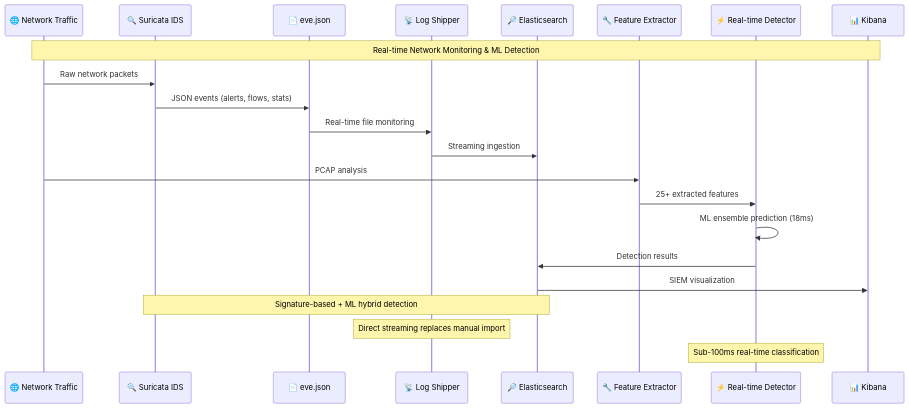
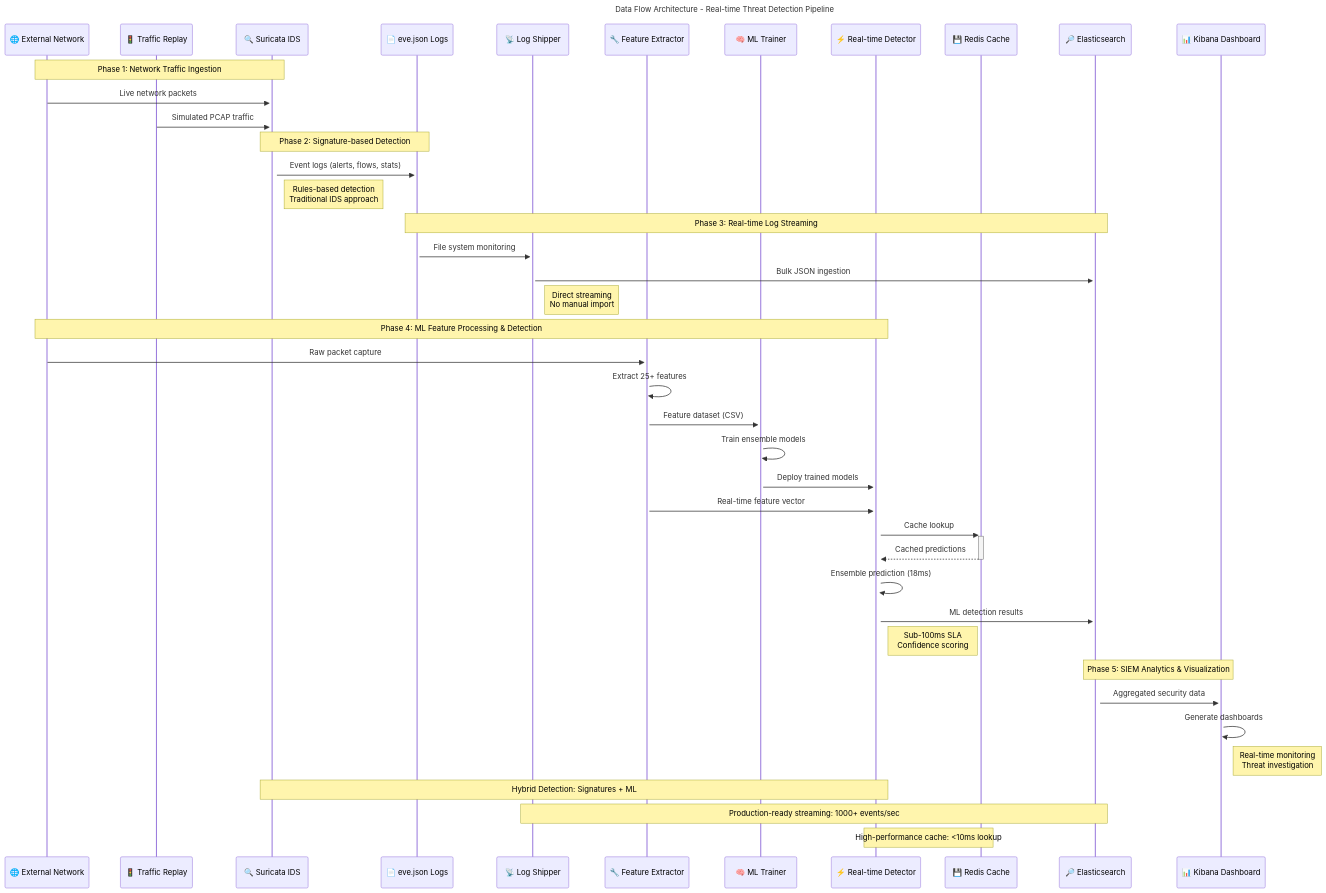
The fourth of 5 diagrams in README.md (holdennguyen/suricata-ml-ids), drawn with Mermaid before and after one commit. The commit also changed other lines of this file, not shown here.

First line of the commit message:
feat: implement best practice Mermaid diagrams with comprehensive documentation

````diff
--- a/README.md
+++ b/README.md
@@ -233,29 +338,60 @@
 ```mermaid
+---
+title: Data Flow Architecture - Real-time Threat Detection Pipeline
+---
 sequenceDiagram
-    participant NT as 🌐 Network Traffic
+    participant EXT as 🌐 External Network
+    participant TR as 🚦 Traffic Replay
     participant S as 🔍 Suricata IDS
-    participant EVE as 📄 eve.json
+    participant EVE as 📄 eve.json Logs
     participant LS as 📡 Log Shipper
+    participant FE as 🔧 Feature Extractor
+    participant MLT as 🧠 ML Trainer
+    participant RD as ⚡ Real-time Detector
+    participant Redis as 💾 Redis Cache
     participant ES as 🔎 Elasticsearch
-    participant FE as 🔧 Feature Extractor
-    participant RD as ⚡ Real-time Detector
-    participant KB as 📊 Kibana
+    participant KB as 📊 Kibana Dashboard
     
-    Note over NT,KB: Real-time Network Monitoring & ML Detection
+    %% Network Traffic Ingestion
+    Note over EXT,S: Phase 1: Network Traffic Ingestion
+    EXT->>+S: Live network packets
+    TR->>+S: Simulated PCAP traffic
     
-    NT->>S: Raw network packets
-    S->>EVE: JSON events (alerts, flows, stats)
-    EVE->>LS: Real-time file monitoring
-    LS->>ES: Streaming ingestion
+    %% Signature-based Detection
+    Note over S,EVE: Phase 2: Signature-based Detection
+    S->>+EVE: Event logs (alerts, flows, stats)
+    Note right of S: Rules-based detection<br/>Traditional IDS approach
     
-    NT->>FE: PCAP analysis
-    FE->>RD: 25+ extracted features
-    RD->>RD: ML ensemble prediction (18ms)
-    RD->>ES: Detection results
+    %% Real-time Log Streaming
+    Note over EVE,ES: Phase 3: Real-time Log Streaming
+    EVE->>+LS: File system monitoring
+    LS->>+ES: Bulk JSON ingestion
+    Note right of LS: Direct streaming<br/>No manual import
     
-    ES->>KB: SIEM visualization
+    %% ML Feature Processing
+    Note over EXT,RD: Phase 4: ML Feature Processing & Detection
+    EXT->>+FE: Raw packet capture
+    FE->>FE: Extract 25+ features
+    FE->>+MLT: Feature dataset (CSV)
+    MLT->>MLT: Train ensemble models
+    MLT->>+RD: Deploy trained models
     
-    Note over S,ES: Signature-based + ML hybrid detection
-    Note over LS: Direct streaming replaces manual import
-    Note over RD: Sub-100ms real-time classification
+    %% Real-time ML Detection
+    FE->>+RD: Real-time feature vector
+    RD->>+Redis: Cache lookup
+    Redis-->>-RD: Cached predictions
+    RD->>RD: Ensemble prediction (18ms)
+    RD->>+ES: ML detection results
+    Note right of RD: Sub-100ms SLA<br/>Confidence scoring
+    
+    %% SIEM Visualization
+    Note over ES,KB: Phase 5: SIEM Analytics & Visualization
+    ES->>+KB: Aggregated security data
+    KB->>KB: Generate dashboards
+    Note right of KB: Real-time monitoring<br/>Threat investigation
+    
+    %% Performance Indicators
+    Note over S,RD: Hybrid Detection: Signatures + ML
+    Note over LS,ES: Production-ready streaming: 1000+ events/sec
+    Note over RD,Redis: High-performance cache: <10ms lookup
 ```
````
